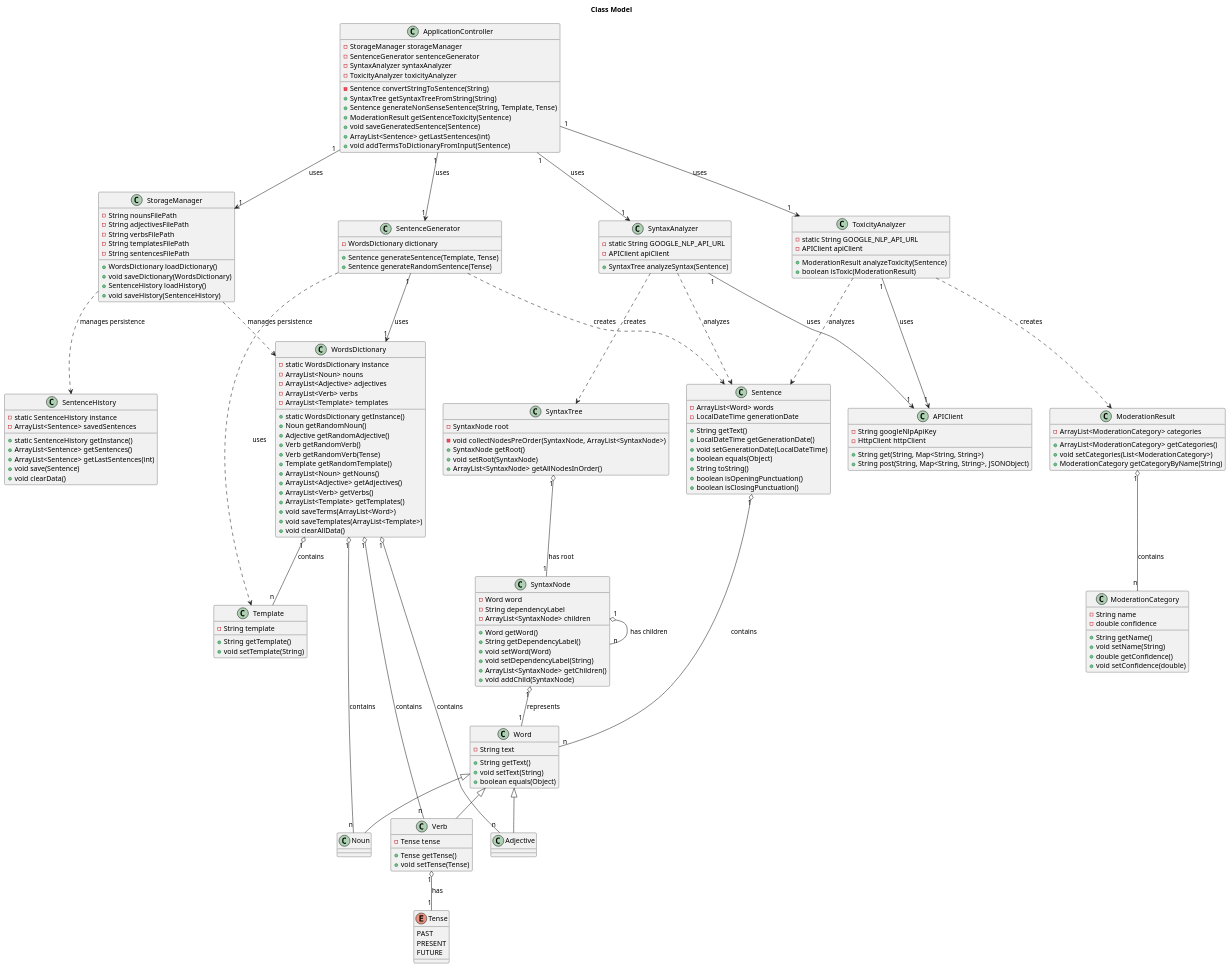
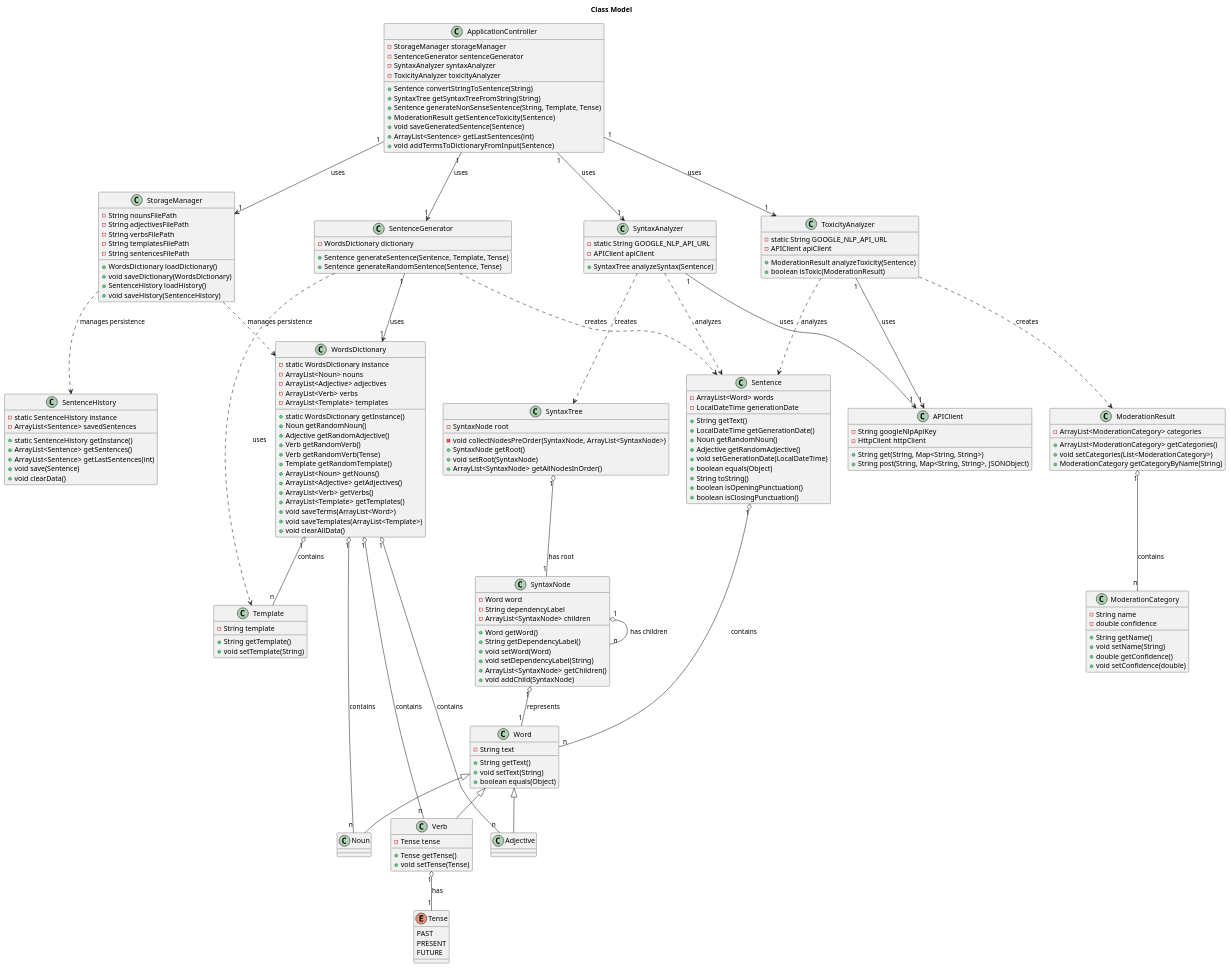
The diagram in docs/diagrams/classmodel.plantuml (liamtoaldo/NonSenseGenerator), drawn with PlantUML before and after one commit. The commit also changed 7 other files, not shown here.

```diff
--- a/docs/diagrams/classmodel.plantuml
+++ b/docs/diagrams/classmodel.plantuml
@@ -6,6 +6,8 @@
     -LocalDateTime generationDate
     +String getText()
     +LocalDateTime getGenerationDate()
+    +Noun getRandomNoun()
+    +Adjective getRandomAdjective()
     +void setGenerationDate(LocalDateTime)
     +boolean equals(Object)
     +String toString()
@@ -80,8 +82,8 @@
 ' SentenceGenerator usa Design Pattern: Factory Method
 class SentenceGenerator {
     -WordsDictionary dictionary
-    +Sentence generateSentence(Template, Tense)
-    +Sentence generateRandomSentence(Tense)
+    +Sentence generateSentence(Sentence, Template, Tense)
+    +Sentence generateRandomSentence(Sentence, Tense)
 }
 
 ' StorageManager agisce come un Data Access Object (DAO) / Repository
@@ -160,7 +162,7 @@
     -SentenceGenerator sentenceGenerator
     -SyntaxAnalyzer syntaxAnalyzer
     -ToxicityAnalyzer toxicityAnalyzer
-    -Sentence convertStringToSentence(String)
+    +Sentence convertStringToSentence(String)
     +SyntaxTree getSyntaxTreeFromString(String)
     +Sentence generateNonSenseSentence(String, Template, Tense)
     +ModerationResult getSentenceToxicity(Sentence)
```
